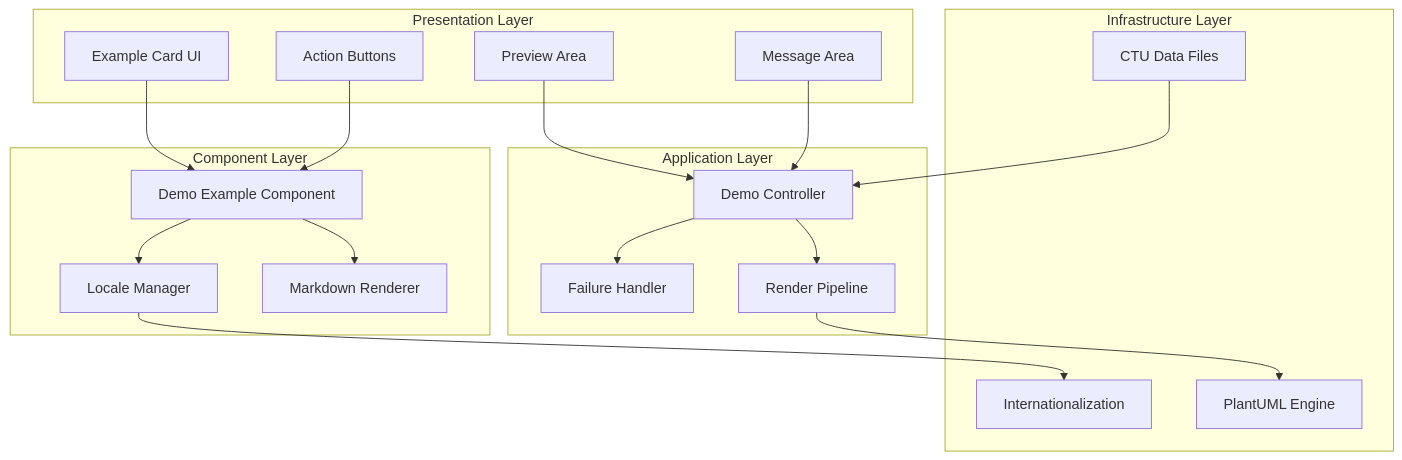
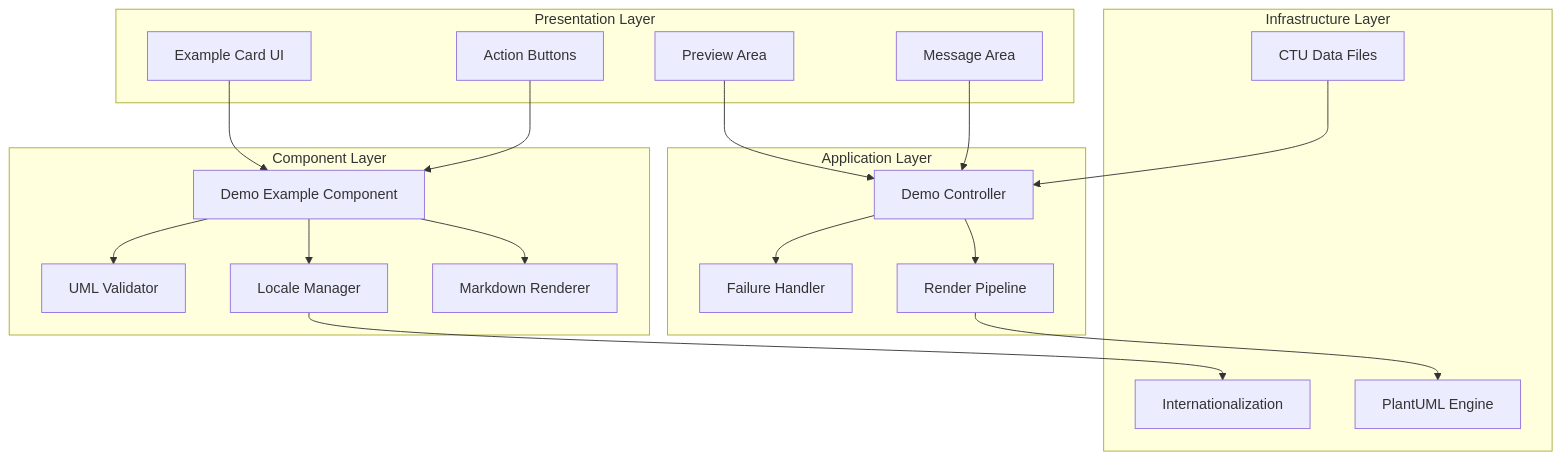
Before and after one commit to pingwurth/code-to-uml: the fifth of 12 diagrams in .qoder/repowiki/en/content/Core Components/Demo Example Component.md, drawn with Mermaid. The commit also changed other lines of this file and 55 other files, not shown here.

````diff
--- a/.qoder/repowiki/en/content/Core Components/Demo Example Component.md
+++ b/.qoder/repowiki/en/content/Core Components/Demo Example Component.md
@@ -190,35 +224,37 @@
 ```mermaid
 graph TB
 subgraph "Presentation Layer"
 ExampleCard[Example Card UI]
 ActionButtons[Action Buttons]
 PreviewArea[Preview Area]
 MessageArea[Message Area]
 end
 subgraph "Component Layer"
 DemoExample[Demo Example Component]
 MarkdownRenderer[Markdown Renderer]
 LocaleManager[Locale Manager]
+UmlValidator[UML Validator]
 end
 subgraph "Application Layer"
 DemoController[Demo Controller]
 RenderPipeline[Render Pipeline]
 FailureHandler[Failure Handler]
 end
 subgraph "Infrastructure Layer"
 PlantUML[PlantUML Engine]
 FileSystem[CTU Data Files]
 I18nSystem[Internationalization]
 end
 ExampleCard --> DemoExample
 ActionButtons --> DemoExample
 PreviewArea --> DemoController
 MessageArea --> DemoController
 DemoExample --> MarkdownRenderer
 DemoExample --> LocaleManager
+DemoExample --> UmlValidator
 DemoController --> RenderPipeline
 RenderPipeline --> PlantUML
 DemoController --> FailureHandler
 LocaleManager --> I18nSystem
 FileSystem --> DemoController
 ```
````
